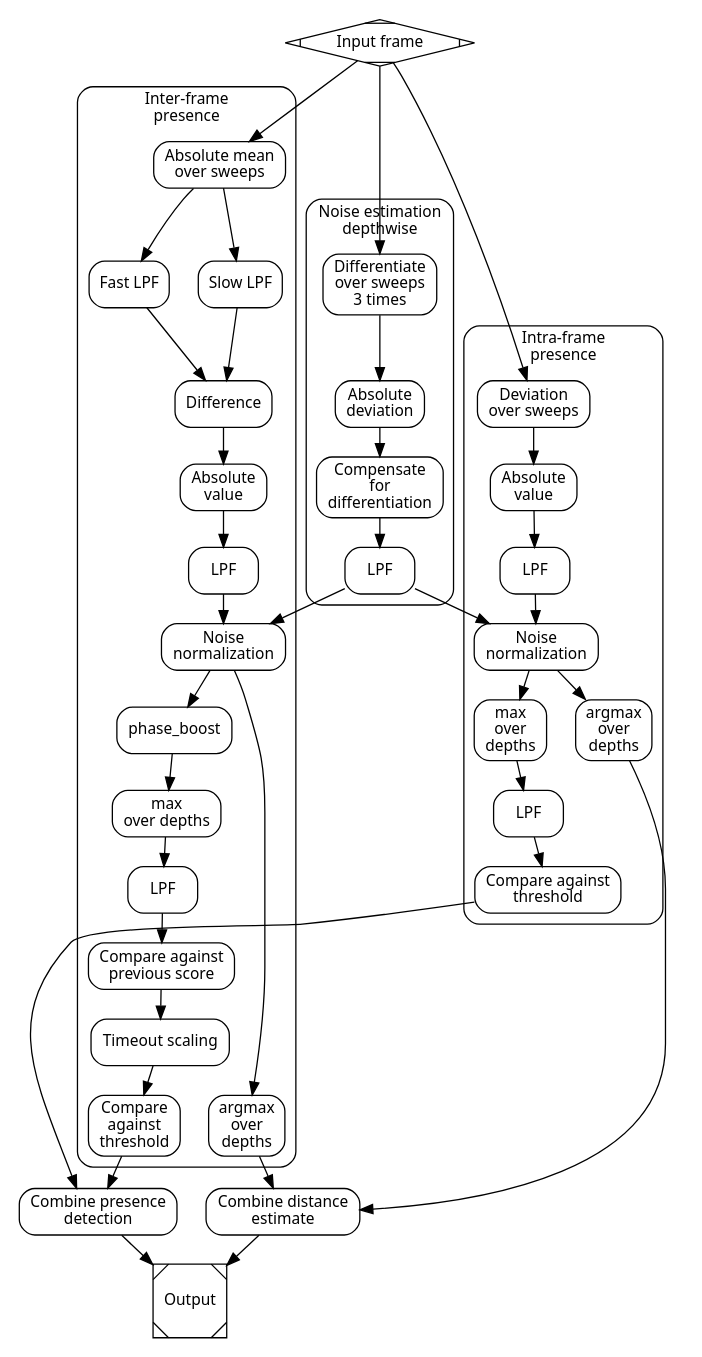
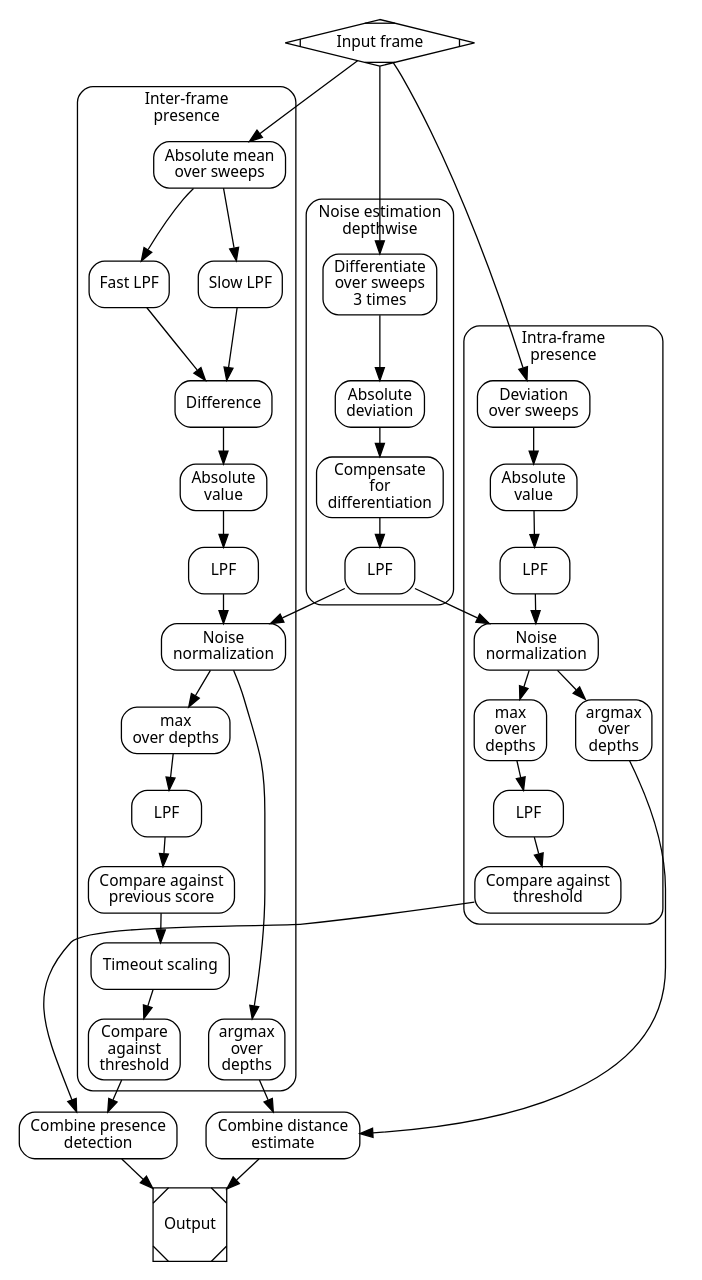
Before and after one commit to acconeer/acconeer-python-exploration: the diagram in docs/_graphs/a121_presence_detection.dot, drawn with Graphviz. The commit also changed 1 other file, not shown here.

Commit message:
A121: Presence: remove phase boost from docs

```diff
--- a/docs/_graphs/a121_presence_detection.dot
+++ b/docs/_graphs/a121_presence_detection.dot
@@ -1,84 +1,84 @@
 digraph {
   pad=0.1
   ranksep=0.3
   nodesep=0.3
   bgcolor="#ffffff00"
   fontname=sans
   fontsize=12
   style=rounded
   node [fontname=sans, fontsize=12, shape=record, style=rounded]
 
   subgraph cluster {
     style=invis
 
     subgraph cluster_inter {
         label="Inter-frame\npresence"
         style=rounded
 
         abs_sweep_mean -> {fast_lpf, slow_lpf} -> fast_slow_dev -> abs_dev -> inter_lpf -> inter_norm
-        inter_norm -> {inter_out_argmax, phase_boost}
-        phase_boost -> inter_out_max -> inter_lp_out -> timeout -> timeout_scaling -> inter_threshold
+        inter_norm -> {inter_out_argmax, inter_out_max}
+        inter_out_max -> inter_lp_out -> timeout -> timeout_scaling -> inter_threshold
 
         {rank = same; inter_threshold; inter_out_argmax}
     }
 
     subgraph cluster_intra {
         label="Intra-frame\npresence"
         style=rounded
 
         sweep_dev -> abs_dev_intra -> intra_lpf -> intra_norm
         intra_norm -> intra_out_argmax
         intra_norm -> intra_out_max -> intra_lp_out -> intra_threshold
     }
 
     subgraph cluster_noise {
         label="Noise estimation\ndepthwise"
         style=rounded
 
         noise_diff -> noise_dev
         noise_dev -> noise_comp -> noise_lpf
     }
   }
 
   in -> {abs_sweep_mean, sweep_dev, noise_diff}
   {inter_threshold, intra_threshold} -> presence
   {inter_out_argmax, intra_out_argmax} -> distance
 
   {presence, distance} -> out
   noise_lpf -> {intra_norm, inter_norm}
 
   in [shape=Mdiamond, label="Input frame"]
 
   abs_sweep_mean [label="Absolute mean\nover sweeps"]
   fast_lpf [label="Fast LPF"]
   slow_lpf [label="Slow LPF"]
   fast_slow_dev [label="Difference"]
   abs_dev [label="Absolute\nvalue"]
   inter_lpf [label="LPF"]
   inter_norm [label="Noise\nnormalization"]
   inter_out_max [label="max\nover depths"]
   inter_lp_out [label="LPF"]
   timeout [label="Compare against\nprevious score"]
   timeout_scaling [label="Timeout scaling"]
   inter_threshold [label="Compare\nagainst\nthreshold"]
   inter_out_argmax [label="argmax\nover\ndepths"]
 
   sweep_dev [label="Deviation\nover sweeps"]
   abs_dev_intra [label="Absolute\nvalue"]
   intra_lpf [label="LPF"]
   intra_norm [label="Noise\nnormalization"]
   intra_out_max [label="max\nover\ndepths"]
   intra_lp_out [label="LPF"]
   intra_threshold [label="Compare against\nthreshold"]
   intra_out_argmax [label="argmax\nover\ndepths"]
 
   noise_diff [label="Differentiate\nover sweeps\n3 times"]
   noise_dev [label="Absolute\ndeviation"]
   noise_comp [label="Compensate\nfor\ndifferentiation"]
   noise_lpf [label="LPF"]
 
   presence [label="Combine presence\ndetection"]
   distance [label="Combine distance\nestimate"]
 
   out [shape=Msquare, label="Output"]
 }
```
